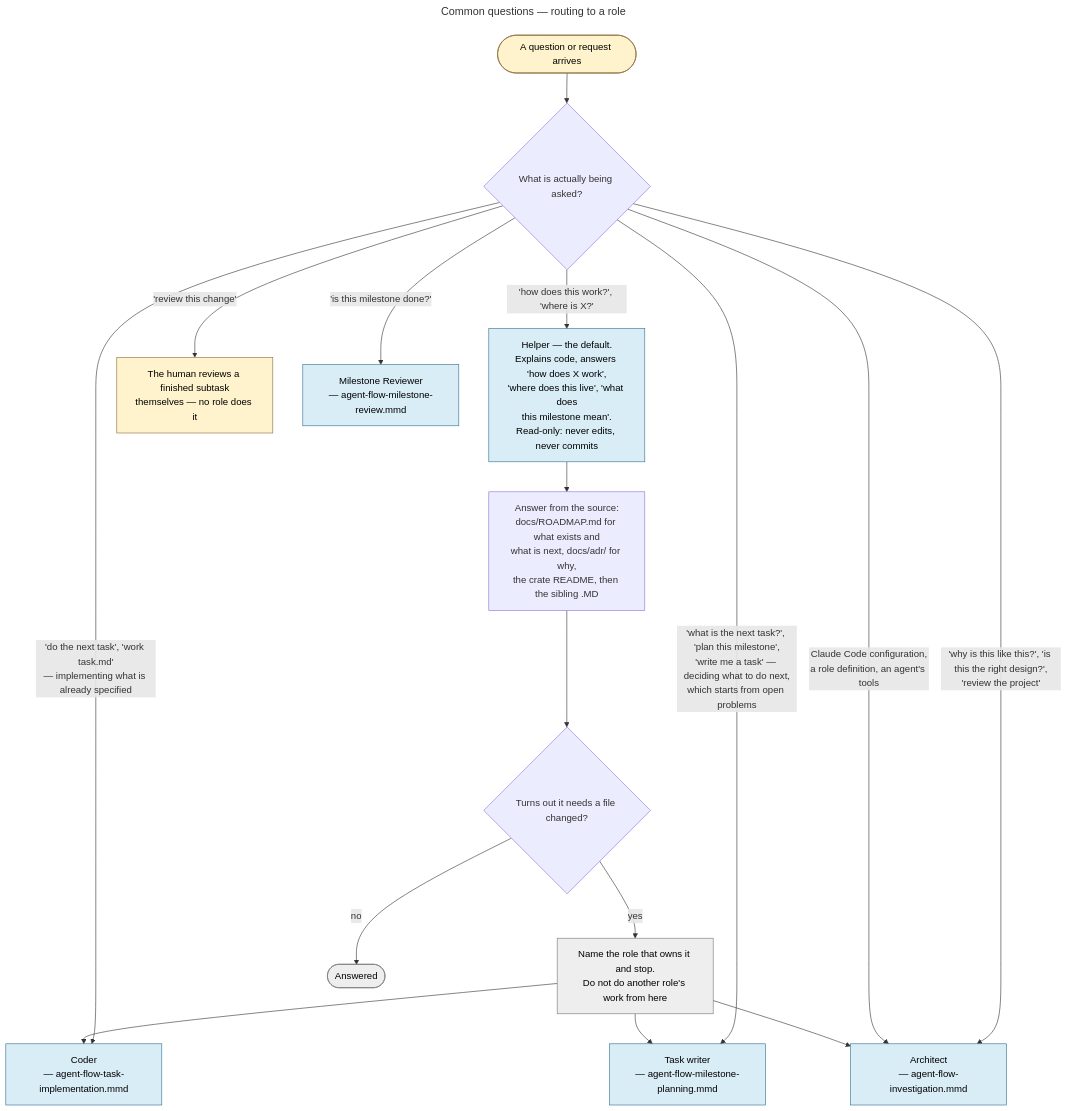
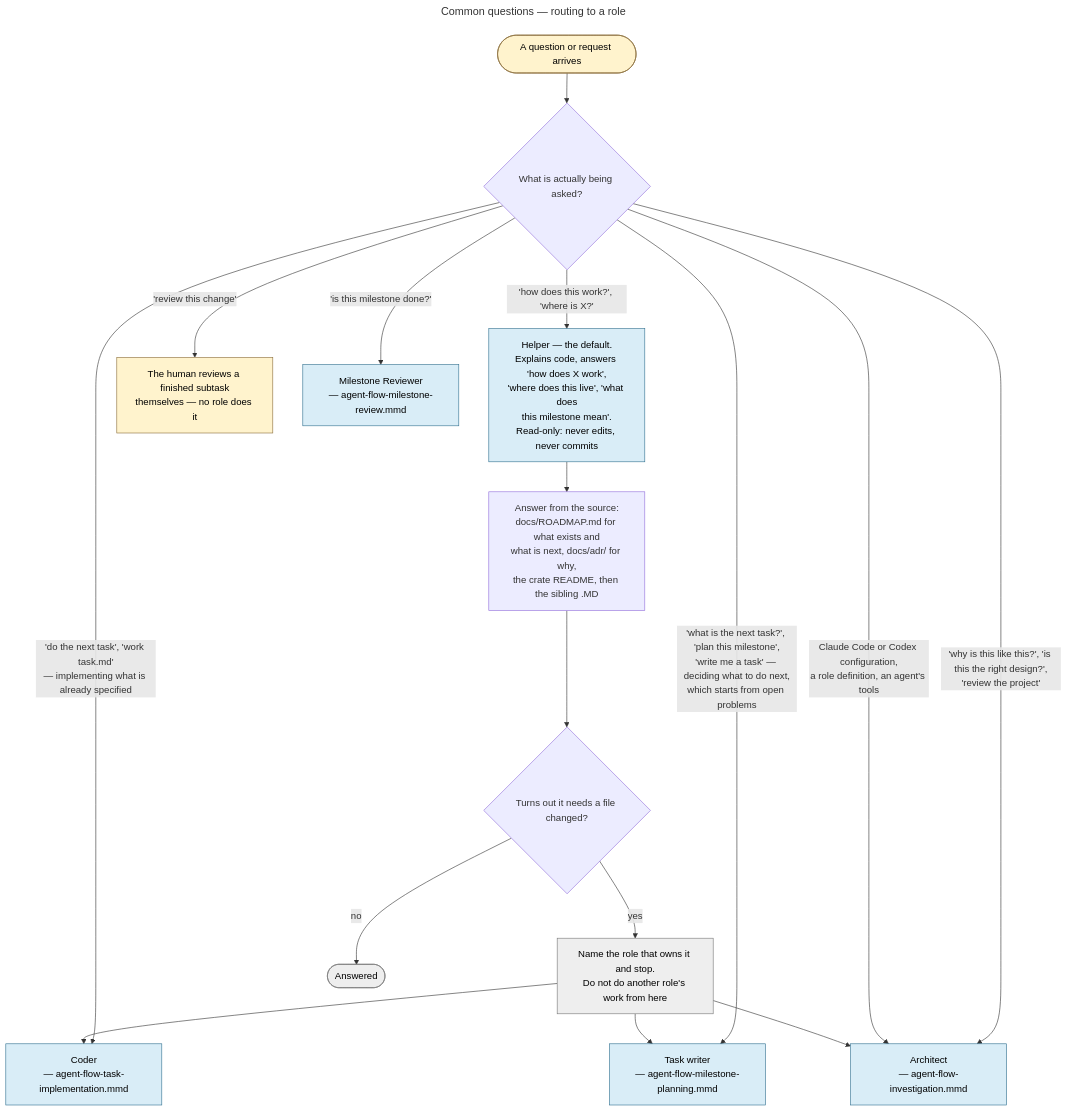
Before and after one commit to Dmitriy-G/simple_rdbms: the diagram in docs/diagrams/agent-flow-questions.mmd, drawn with Mermaid. The commit also changed 38 other files, not shown here.

Commit message:
Implement codex agents flow

```diff
--- a/docs/diagrams/agent-flow-questions.mmd
+++ b/docs/diagrams/agent-flow-questions.mmd
@@ -1,38 +1,38 @@
 ---
 title: Common questions — routing to a role
 ---
 flowchart TD
     classDef human fill:#fff3cd,stroke:#8a6d3b,color:#000
     classDef role fill:#d9edf7,stroke:#31708f,color:#000
     classDef stop fill:#eeeeee,stroke:#777,color:#000
 
     Q(["A question or request arrives"]):::human
     ROUTE{"What is actually being asked?"}
 
     HELP["Helper — the default.<br/>Explains code, answers 'how does X work',<br/>'where does this live', 'what does<br/>this milestone mean'.<br/>Read-only: never edits, never commits"]:::role
     ANSWER["Answer from the source:<br/>docs/ROADMAP.md for what exists and<br/>what is next, docs/adr/ for why,<br/>the crate README, then the sibling .MD"]
     SCOPE{"Turns out it needs a file changed?"}
     NAME["Name the role that owns it and stop.<br/>Do not do another role's work from here"]:::stop
     DONE(["Answered"]):::stop
 
     CODE["Coder<br/>— agent-flow-task-implementation.mmd"]:::role
     SPEC["Task writer<br/>— agent-flow-milestone-planning.mmd"]:::role
     ARCH["Architect<br/>— agent-flow-investigation.mmd"]:::role
     CR["The human reviews a finished subtask<br/>themselves — no role does it"]:::human
     MR["Milestone Reviewer<br/>— agent-flow-milestone-review.mmd"]:::role
 
     Q --> ROUTE
     ROUTE -- "'how does this work?', 'where is X?'" --> HELP
     ROUTE -- "'do the next task', 'work task.md'<br/>— implementing what is already specified" --> CODE
     ROUTE -- "'what is the next task?', 'plan this milestone',<br/>'write me a task' — deciding what to do next,<br/>which starts from open problems" --> SPEC
     ROUTE -- "'why is this like this?', 'is this the right design?',<br/>'review the project'" --> ARCH
     ROUTE -- "'review this change'" --> CR
     ROUTE -- "'is this milestone done?'" --> MR
-    ROUTE -- "Claude Code configuration,<br/>a role definition, an agent's tools" --> ARCH
+    ROUTE -- "Claude Code or Codex configuration,<br/>a role definition, an agent's tools" --> ARCH
 
     HELP --> ANSWER --> SCOPE
     SCOPE -- yes --> NAME
     SCOPE -- no --> DONE
     NAME --> CODE
     NAME --> SPEC
     NAME --> ARCH
```
